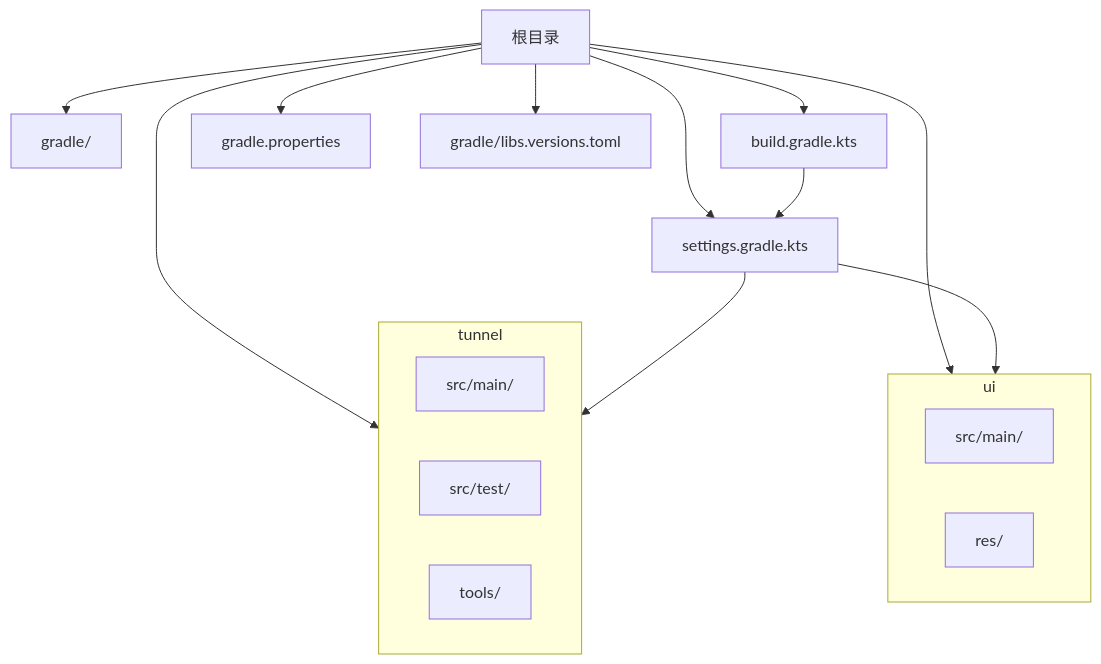
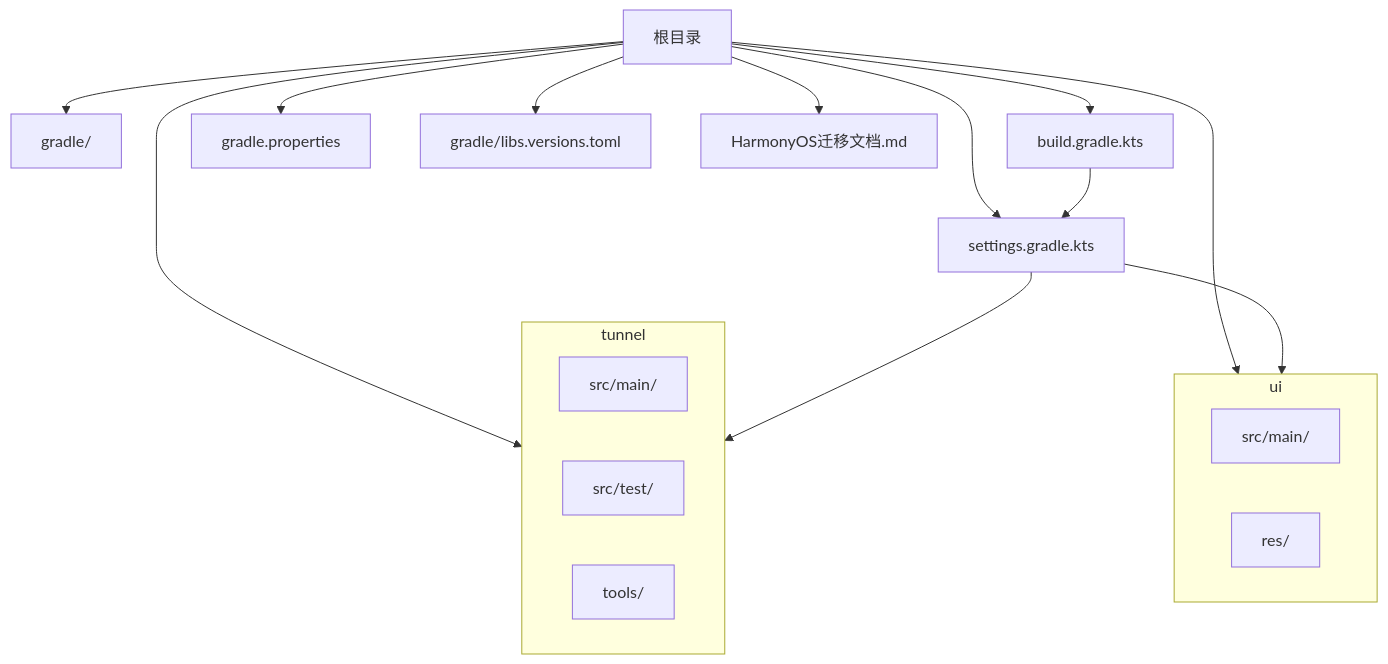
The first of 6 diagrams in .qoder/repowiki/zh/content/开发指南/开发指南.md (tea4go/wireguard-android), drawn with Mermaid before and after one commit. The commit also changed other lines of this file and 3 other files, not shown here.

````diff
--- a/.qoder/repowiki/zh/content/开发指南/开发指南.md
+++ b/.qoder/repowiki/zh/content/开发指南/开发指南.md
@@ -58,22 +69,23 @@
 ```mermaid
 graph TB
 root["根目录"] --> gradle["gradle/"]
 root --> tunnel["tunnel/"]
 root --> ui["ui/"]
 root --> build_gradle["build.gradle.kts"]
 root --> settings_gradle["settings.gradle.kts"]
 root --> gradle_props["gradle.properties"]
 root --> libs_versions["gradle/libs.versions.toml"]
+root --> harmony_doc["HarmonyOS迁移文档.md"]
 subgraph "tunnel"
 t_main["src/main/"]
 t_test["src/test/"]
 t_tools["tools/"]
 end
 subgraph "ui"
 u_main["src/main/"]
 u_res["res/"]
 end
 build_gradle --> settings_gradle
 settings_gradle --> tunnel
 settings_gradle --> ui
 ```
````
